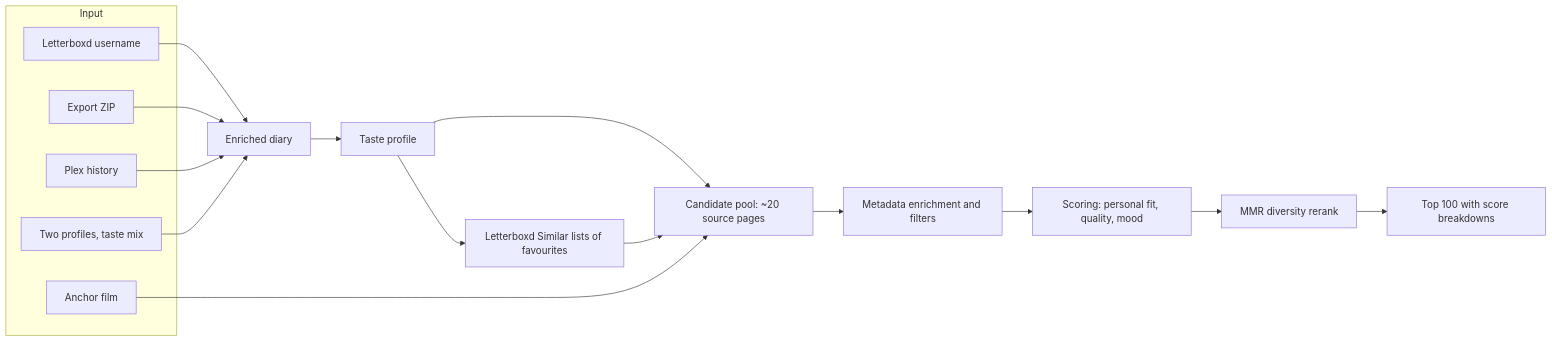
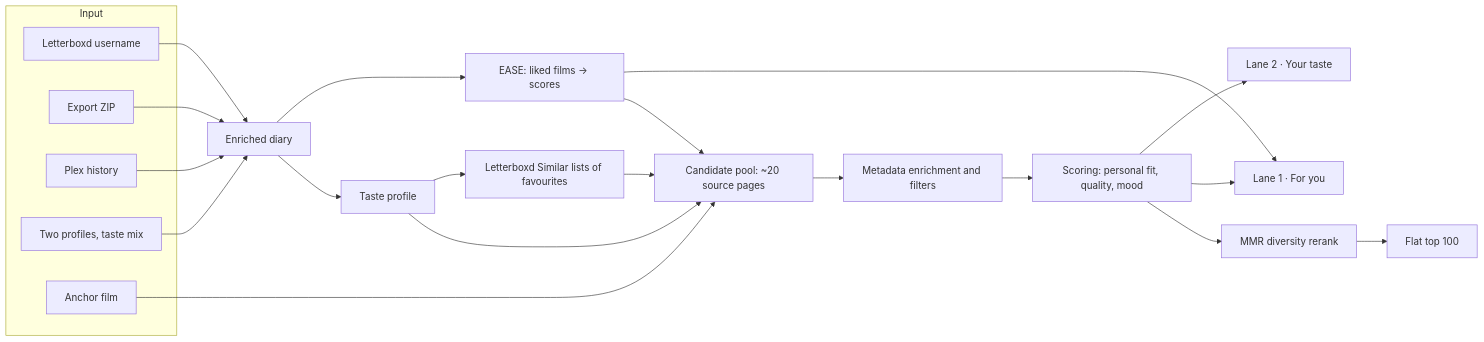
Before and after one commit to nichtlegacy/recomendarr: the diagram in site/paper/how-we-recommend-films.md, drawn with Mermaid. The commit also changed other lines of this file and 11 other files, not shown here.

````diff
--- a/site/paper/how-we-recommend-films.md
+++ b/site/paper/how-we-recommend-films.md
@@ -84,20 +115,25 @@
 ```mermaid
 flowchart LR
     subgraph Input
       U[Letterboxd username]
       Z[Export ZIP]
       P[Plex history]
       M[Two profiles, taste mix]
       A[Anchor film]
     end
     U & Z & P & M --> D[Enriched diary]
     D --> T[Taste profile]
     T --> C[Candidate pool: ~20 source pages]
     A --> C
     T --> N[Letterboxd Similar lists of favourites]
     N --> C
+    D --> K[EASE: liked films → scores]
+    K --> C
     C --> E[Metadata enrichment and filters]
     E --> S[Scoring: personal fit, quality, mood]
     S --> R[MMR diversity rerank]
-    R --> O[Top 100 with score breakdowns]
+    R --> O[Flat top 100]
+    S --> L1[Lane 1 · For you]
+    S --> L2[Lane 2 · Your taste]
+    K --> L1
 ```
````
